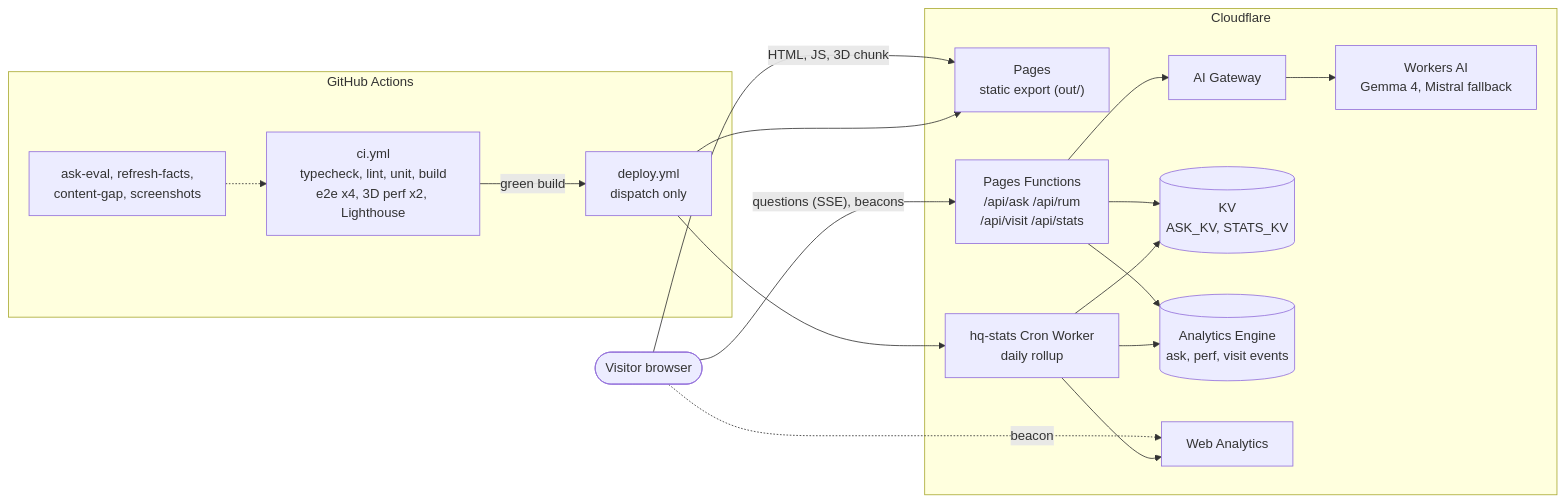
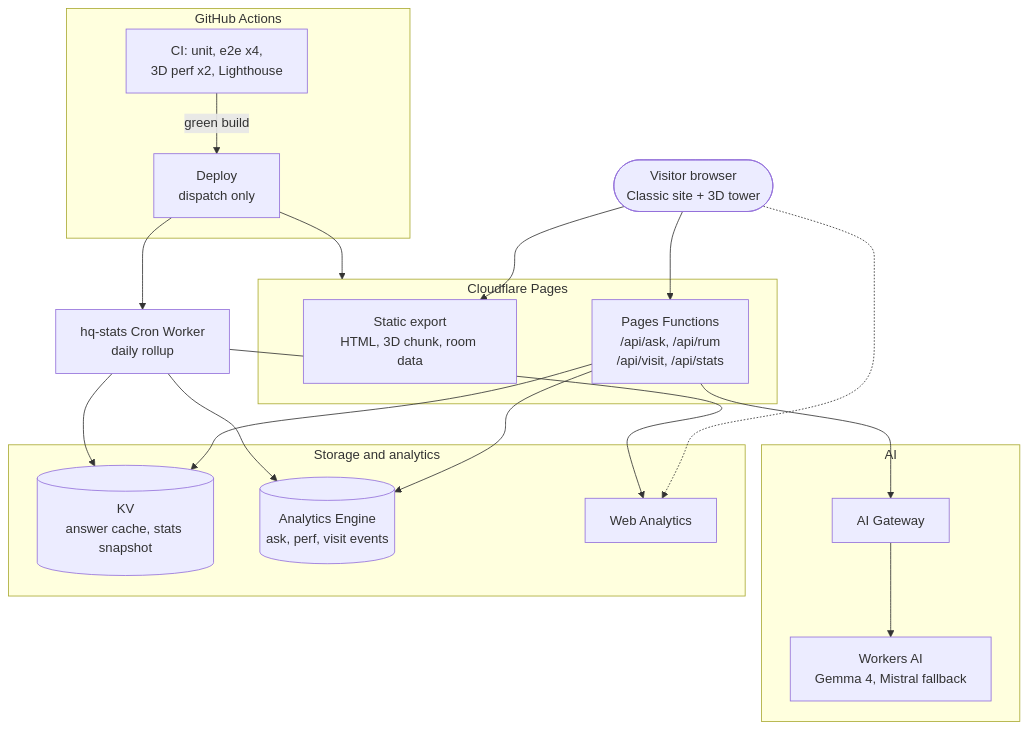
The diagram in README.md (ShinyQ/ShinyQ-HQ), drawn with Mermaid before and after one commit.

Commit message:
docs: simpler top-down architecture diagram

````diff
--- a/README.md
+++ b/README.md
@@ -75,35 +75,37 @@
 ```mermaid
-flowchart LR
-  visitor(["Visitor browser"])
+flowchart TB
+  visitor(["Visitor browser<br/>Classic site + 3D tower"])
 
-  subgraph gh["GitHub Actions"]
-    ci["ci.yml<br/>typecheck, lint, unit, build<br/>e2e x4, 3D perf x2, Lighthouse"]
-    deploy["deploy.yml<br/>dispatch only"]
-    nightly["ask-eval, refresh-facts,<br/>content-gap, screenshots"]
+  subgraph pagesbox["Cloudflare Pages"]
+    pages["Static export<br/>HTML, 3D chunk, room data"]
+    fn["Pages Functions<br/>/api/ask, /api/rum<br/>/api/visit, /api/stats"]
   end
 
-  subgraph cf["Cloudflare"]
-    pages["Pages<br/>static export (out/)"]
-    fn["Pages Functions<br/>/api/ask /api/rum<br/>/api/visit /api/stats"]
-    gateway["AI Gateway"]
-    wai["Workers AI<br/>Gemma 4, Mistral fallback"]
-    kv[("KV<br/>ASK_KV, STATS_KV")]
+  subgraph aibox["AI"]
+    gateway["AI Gateway"] --> wai["Workers AI<br/>Gemma 4, Mistral fallback"]
+  end
+
+  subgraph databox["Storage and analytics"]
+    kv[("KV<br/>answer cache, stats snapshot")]
     ae[("Analytics Engine<br/>ask, perf, visit events")]
     wa["Web Analytics"]
-    cron["hq-stats Cron Worker<br/>daily rollup"]
   end
 
-  visitor -->|"HTML, JS, 3D chunk"| pages
-  visitor -->|"questions (SSE), beacons"| fn
-  fn --> gateway --> wai
+  cron["hq-stats Cron Worker<br/>daily rollup"]
+
+  subgraph ghbox["GitHub Actions"]
+    ci["CI: unit, e2e x4,<br/>3D perf x2, Lighthouse"] -->|green build| deploy["Deploy<br/>dispatch only"]
+  end
+
+  visitor --> pages
+  visitor --> fn
+  visitor -.-> wa
+  fn --> gateway
   fn --> kv
   fn --> ae
-  visitor -.->|"beacon"| wa
   cron --> wa
   cron --> ae
   cron --> kv
-  ci -->|"green build"| deploy
-  deploy --> pages
+  deploy --> pagesbox
   deploy --> cron
-  nightly -.-> ci
 ```
````
